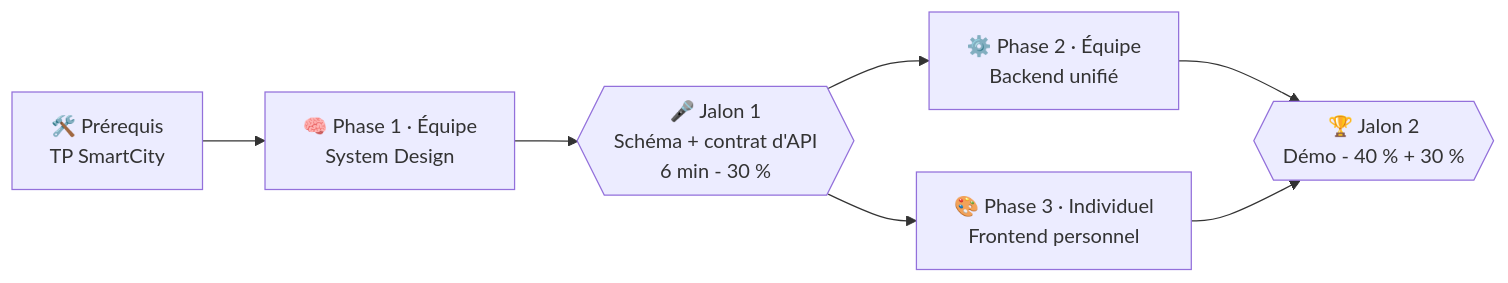
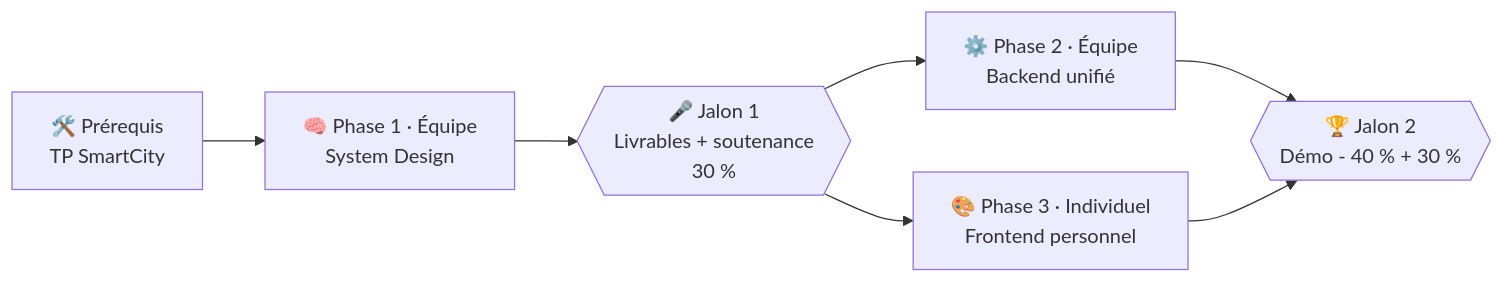
One commit to nosql-esigelec/course changed the diagram in docs/portfolio/index.md. Above: the diagram before and after it, drawn with Mermaid. The commit also changed other lines of this file and 2 other files, not shown here.

Commit message:
docs(portfolio): Jalon 1 = livrables complets (/16) + soutenance de 5-6 min sur schéma et contrat (/4)

````diff
--- a/docs/portfolio/index.md
+++ b/docs/portfolio/index.md
@@ -16,9 +16,9 @@
 ```mermaid
 flowchart LR
     P0["🛠️ Prérequis<br/>TP SmartCity"] --> P1["🧠 Phase 1 · Équipe<br/>System Design"]
-    P1 --> J1{{"🎤 Jalon 1<br/>Schéma + contrat d'API<br/>6 min - 30 %"}}
+    P1 --> J1{{"🎤 Jalon 1<br/>Livrables + soutenance<br/>30 %"}}
     J1 --> P2["⚙️ Phase 2 · Équipe<br/>Backend unifié"]
     J1 --> P3["🎨 Phase 3 · Individuel<br/>Frontend personnel"]
     P2 --> J2{{"🏆 Jalon 2<br/>Démo - 40 % + 30 %"}}
     P3 --> J2
 ```
````
